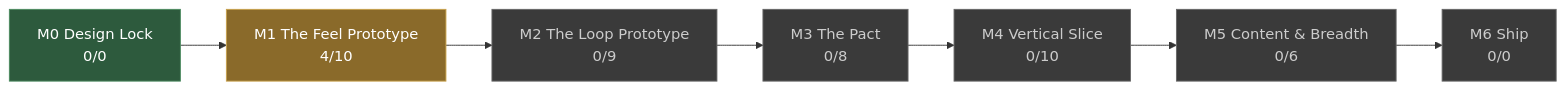
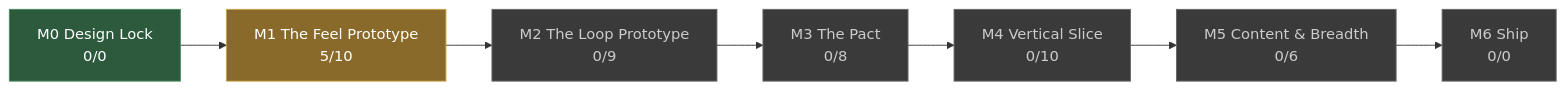
The diagram in docs/STATUS.md (JoshuaGessner/she), drawn with Mermaid before and after one commit. The commit also changed other lines of this file and 17 other files, not shown here.

````diff
--- a/docs/STATUS.md
+++ b/docs/STATUS.md
@@ -13,19 +13,19 @@
 ```mermaid
 flowchart LR
   M0["M0 Design Lock<br/>0/0"]:::passed
-  M1["M1 The Feel Prototype<br/>4/10"]:::current
+  M1["M1 The Feel Prototype<br/>5/10"]:::current
   M0 --> M1
   M2["M2 The Loop Prototype<br/>0/9"]:::ahead
   M1 --> M2
   M3["M3 The Pact<br/>0/8"]:::ahead
   M2 --> M3
   M4["M4 Vertical Slice<br/>0/10"]:::ahead
   M3 --> M4
   M5["M5 Content & Breadth<br/>0/6"]:::ahead
   M4 --> M5
   M6["M6 Ship<br/>0/0"]:::ahead
   M5 --> M6
   classDef passed fill:#2d5a3d,stroke:#4a8a5f,color:#fff
   classDef current fill:#8a6a2a,stroke:#c8a04a,color:#fff
   classDef ahead fill:#3a3a3a,stroke:#666,color:#ccc
 ```
````
